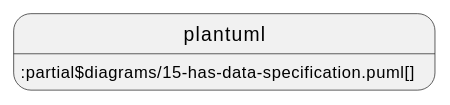
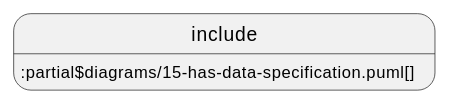
The second of 9 diagrams in documentation/IDTA-01001/modules/ROOT/pages/spec-metamodel/common.adoc (acplt/aas-specs), drawn with PlantUML before and after one commit. The commit also changed other lines of this file and 14 other files, not shown here.

First line of the commit message:
Revert "Use plantuml instead of include and test ./"

```diff
--- a/documentation/IDTA-01001/modules/ROOT/pages/spec-metamodel/common.adoc
+++ b/documentation/IDTA-01001/modules/ROOT/pages/spec-metamodel/common.adoc
@@ -137,4 +137,4 @@
 [plantuml, 15-has-data-specification, svg]
 ....
-plantuml::partial$diagrams/15-has-data-specification.puml[]
+include::partial$diagrams/15-has-data-specification.puml[]
 ....
```
